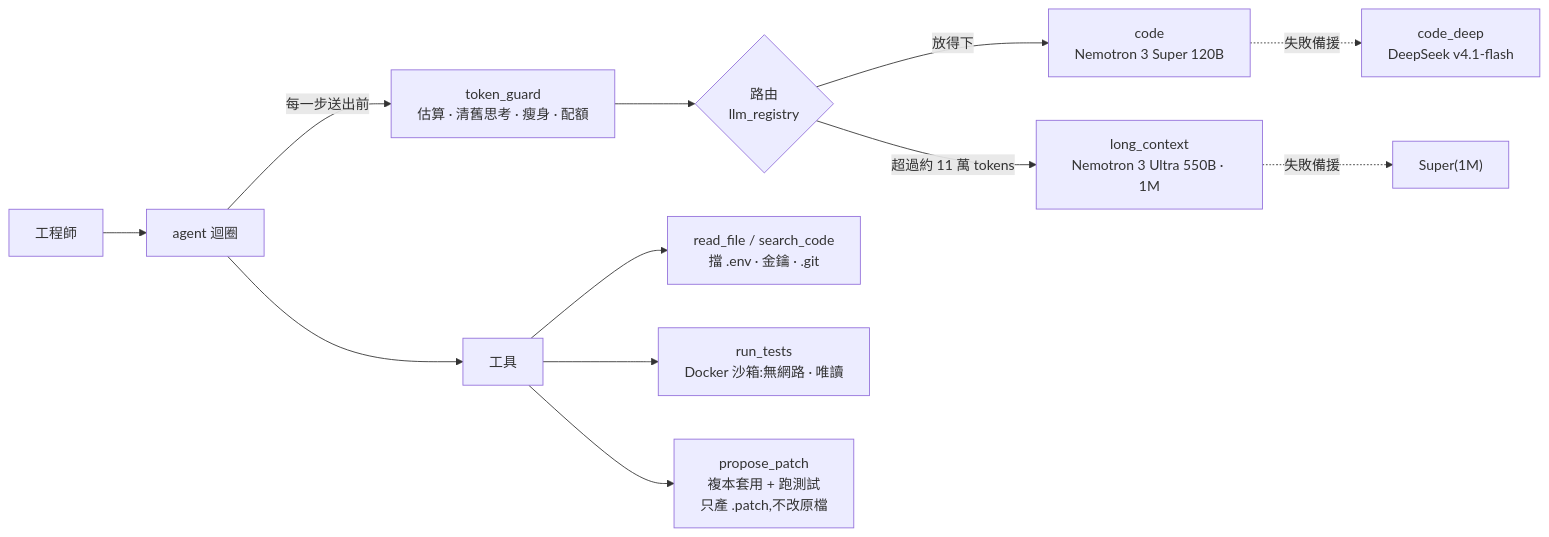
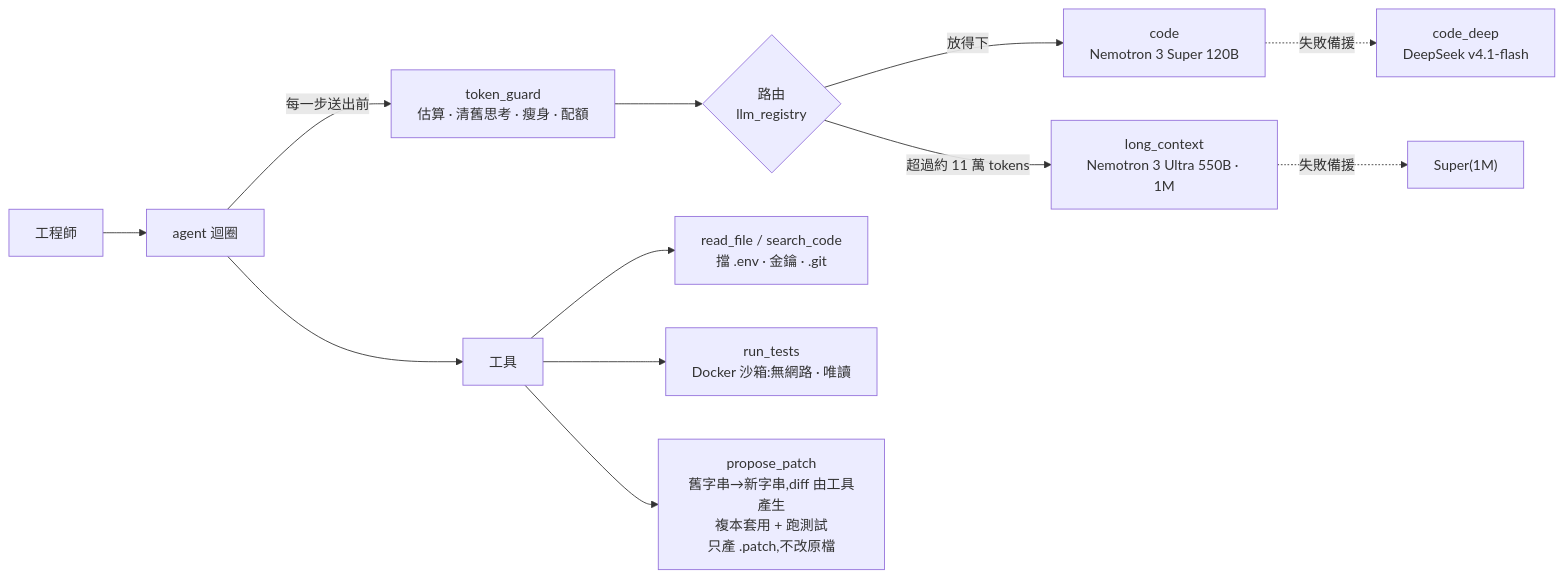
Before and after one commit to inform199751-crypto/nvidia-dev-assistant: the diagram in README.md, drawn with Mermaid. The commit also changed other lines of this file and 3 other files, not shown here.

First line of the commit message:
propose_patch: take old/new string edits and build the diff in the tool

````diff
--- a/README.md
+++ b/README.md
@@ -11,14 +11,14 @@
 ```mermaid
 flowchart LR
     U[工程師] --> A[agent 迴圈]
     A -->|每一步送出前| G["token_guard<br/>估算 · 清舊思考 · 瘦身 · 配額"]
     G --> R{"路由<br/>llm_registry"}
     R -->|放得下| S["code<br/>Nemotron 3 Super 120B"]
     R -->|"超過約 11 萬 tokens"| L["long_context<br/>Nemotron 3 Ultra 550B · 1M"]
     S -. 失敗備援 .-> D["code_deep<br/>DeepSeek v4.1-flash"]
     L -. 失敗備援 .-> S2["Super(1M)"]
     A --> T[工具]
     T --> T1["read_file / search_code<br/>擋 .env · 金鑰 · .git"]
     T --> T2["run_tests<br/>Docker 沙箱:無網路 · 唯讀"]
-    T --> T3["propose_patch<br/>複本套用 + 跑測試<br/>只產 .patch,不改原檔"]
+    T --> T3["propose_patch<br/>舊字串→新字串,diff 由工具產生<br/>複本套用 + 跑測試<br/>只產 .patch,不改原檔"]
 ```
````
